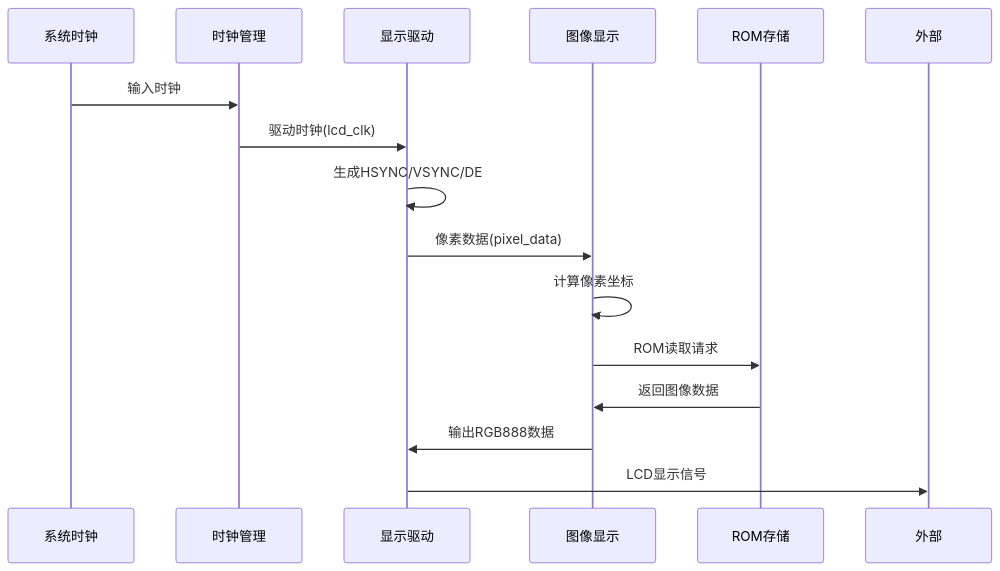
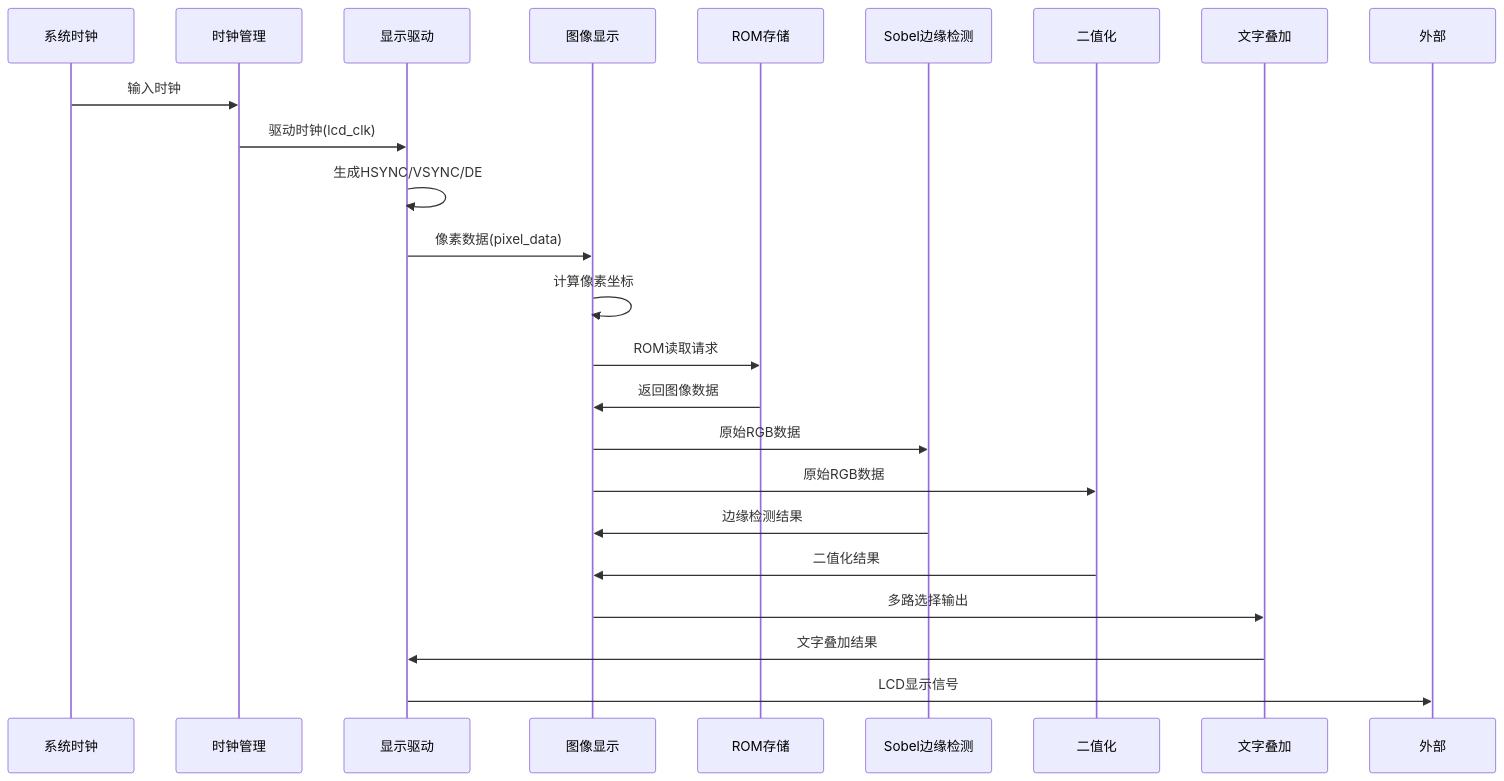
The second of 13 diagrams in .qoder/repowiki/zh/content/系统架构/显示驱动系统.md (soupherexd/LCD_ROM_PIC), drawn with Mermaid before and after one commit. The commit also changed other lines of this file and 5 other files, not shown here.

````diff
--- a/.qoder/repowiki/zh/content/系统架构/显示驱动系统.md
+++ b/.qoder/repowiki/zh/content/系统架构/显示驱动系统.md
@@ -110,17 +134,25 @@
 ```mermaid
 sequenceDiagram
 participant SYS as 系统时钟
 participant PLL as 时钟管理
 participant DRV as 显示驱动
 participant DSP as 图像显示
 participant ROM as ROM存储
+participant SOBEL as Sobel边缘检测
+participant BINARY as 二值化
+participant TEXT as 文字叠加
 SYS->>PLL : 输入时钟
 PLL->>DRV : 驱动时钟(lcd_clk)
 DRV->>DRV : 生成HSYNC/VSYNC/DE
 DRV->>DSP : 像素数据(pixel_data)
 DSP->>DSP : 计算像素坐标
 DSP->>ROM : ROM读取请求
 ROM->>DSP : 返回图像数据
-DSP->>DRV : 输出RGB888数据
+DSP->>SOBEL : 原始RGB数据
+DSP->>BINARY : 原始RGB数据
+SOBEL->>DSP : 边缘检测结果
+BINARY->>DSP : 二值化结果
+DSP->>TEXT : 多路选择输出
+TEXT->>DRV : 文字叠加结果
 DRV->>外部 : LCD显示信号
 ```
````
